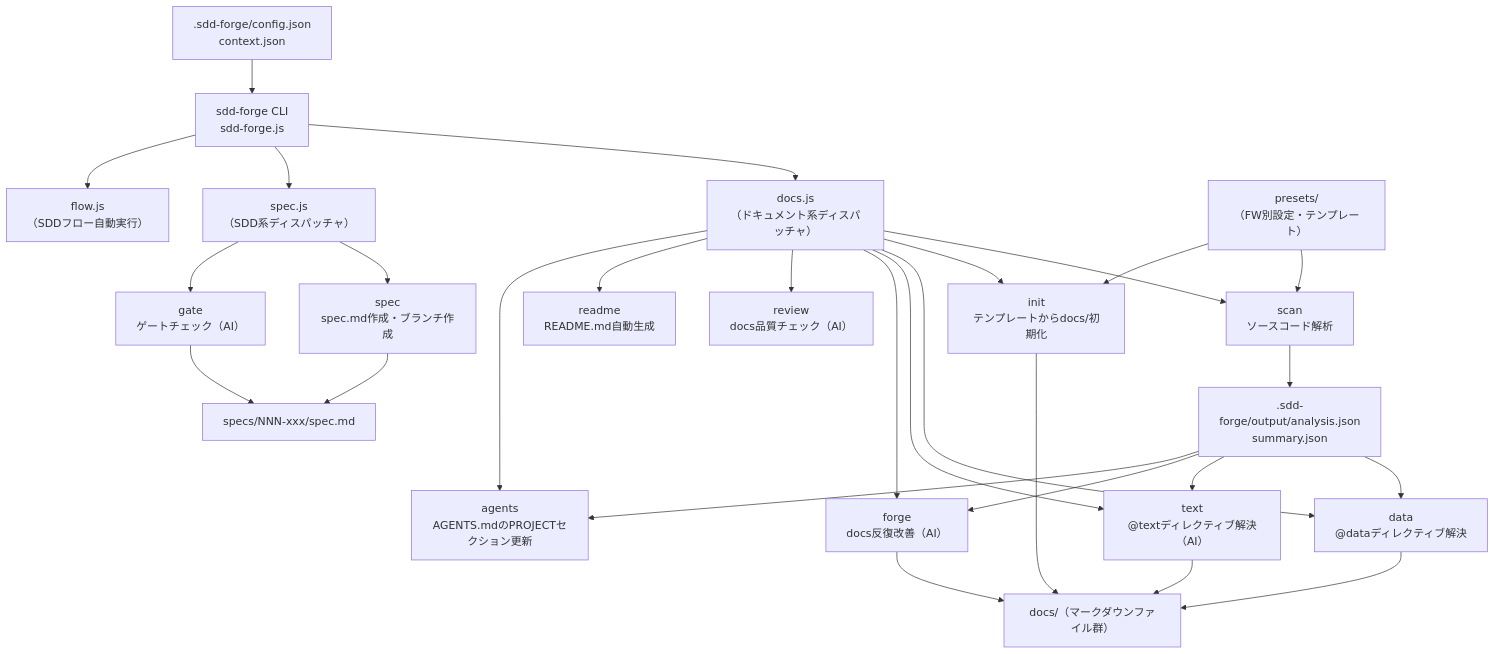
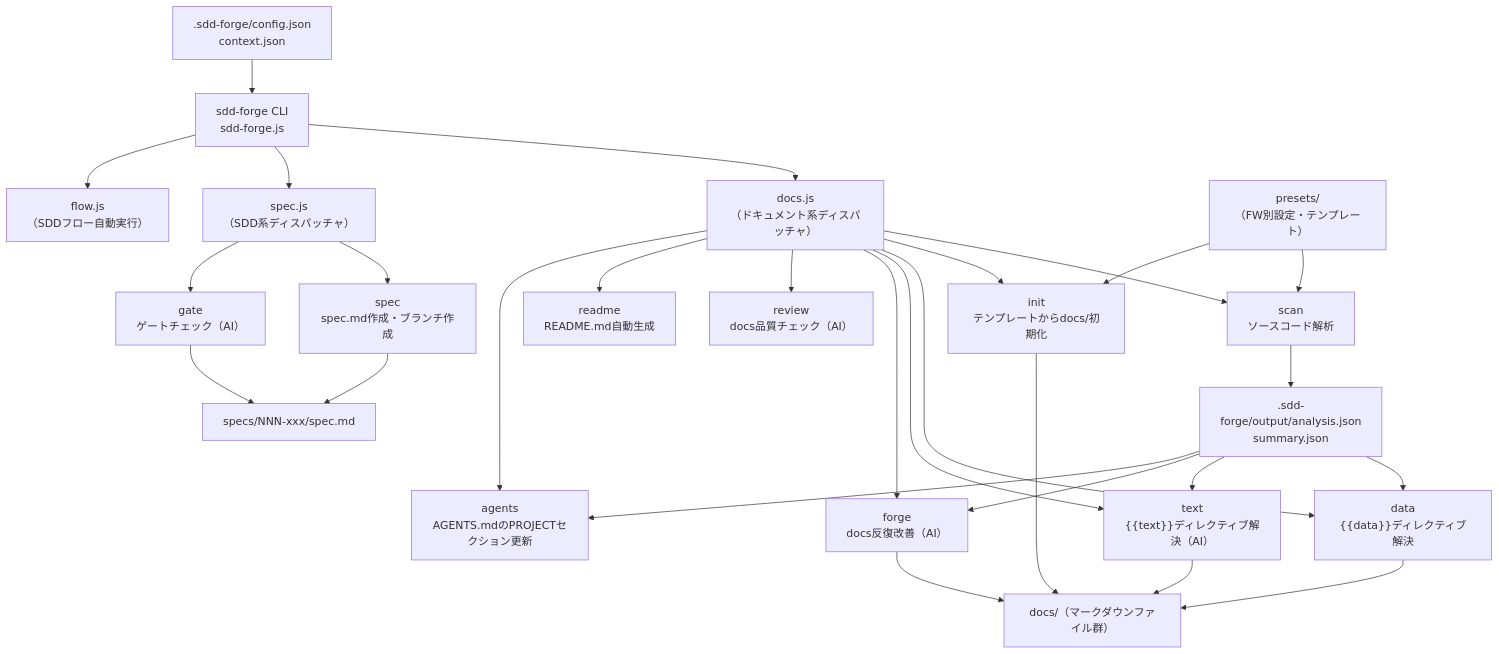
The diagram in docs/01_overview.md (SpreadWorks/sdd-forge), drawn with Mermaid before and after one commit. The commit also changed other lines of this file and 88 other files, not shown here.

First line of the commit message:
feat: migrate directive syntax from {{data}}/{{text}} to {{data}}/{{text}}

````diff
--- a/docs/01_overview.md
+++ b/docs/01_overview.md
@@ -29,38 +29,38 @@
 ```mermaid
 flowchart TD
     CLI["sdd-forge CLI\nsdd-forge.js"]
 
     CLI --> DOCS["docs.js\n（ドキュメント系ディスパッチャ）"]
     CLI --> SPEC["spec.js\n（SDD系ディスパッチャ）"]
     CLI --> FLOW["flow.js\n（SDDフロー自動実行）"]
 
     DOCS --> SCAN["scan\nソースコード解析"]
     DOCS --> INIT["init\nテンプレートからdocs/初期化"]
-    DOCS --> DATA["data\n@dataディレクティブ解決"]
-    DOCS --> TEXT["text\n@textディレクティブ解決（AI）"]
+    DOCS --> DATA["data\n{{data}}ディレクティブ解決"]
+    DOCS --> TEXT["text\n{{text}}ディレクティブ解決（AI）"]
     DOCS --> FORGE["forge\ndocs反復改善（AI）"]
     DOCS --> REVIEW["review\ndocs品質チェック（AI）"]
     DOCS --> README["readme\nREADME.md自動生成"]
     DOCS --> AGENTS["agents\nAGENTS.mdのPROJECTセクション更新"]
 
     SPEC --> SPEC_INIT["spec\nspec.md作成・ブランチ作成"]
     SPEC --> GATE["gate\nゲートチェック（AI）"]
 
     SCAN --> ANALYSIS[".sdd-forge/output/analysis.json\nsummary.json"]
     ANALYSIS --> DATA
     ANALYSIS --> TEXT
     ANALYSIS --> FORGE
     ANALYSIS --> AGENTS
 
     INIT --> DOCS_DIR["docs/（マークダウンファイル群）"]
     DATA --> DOCS_DIR
     TEXT --> DOCS_DIR
     FORGE --> DOCS_DIR
 
     SPEC_INIT --> SPEC_FILE["specs/NNN-xxx/spec.md"]
     GATE --> SPEC_FILE
 
     PRESET["presets/\n（FW別設定・テンプレート）"] --> SCAN
     PRESET --> INIT
     CONFIG[".sdd-forge/config.json\ncontext.json"] --> CLI
 ```
````
